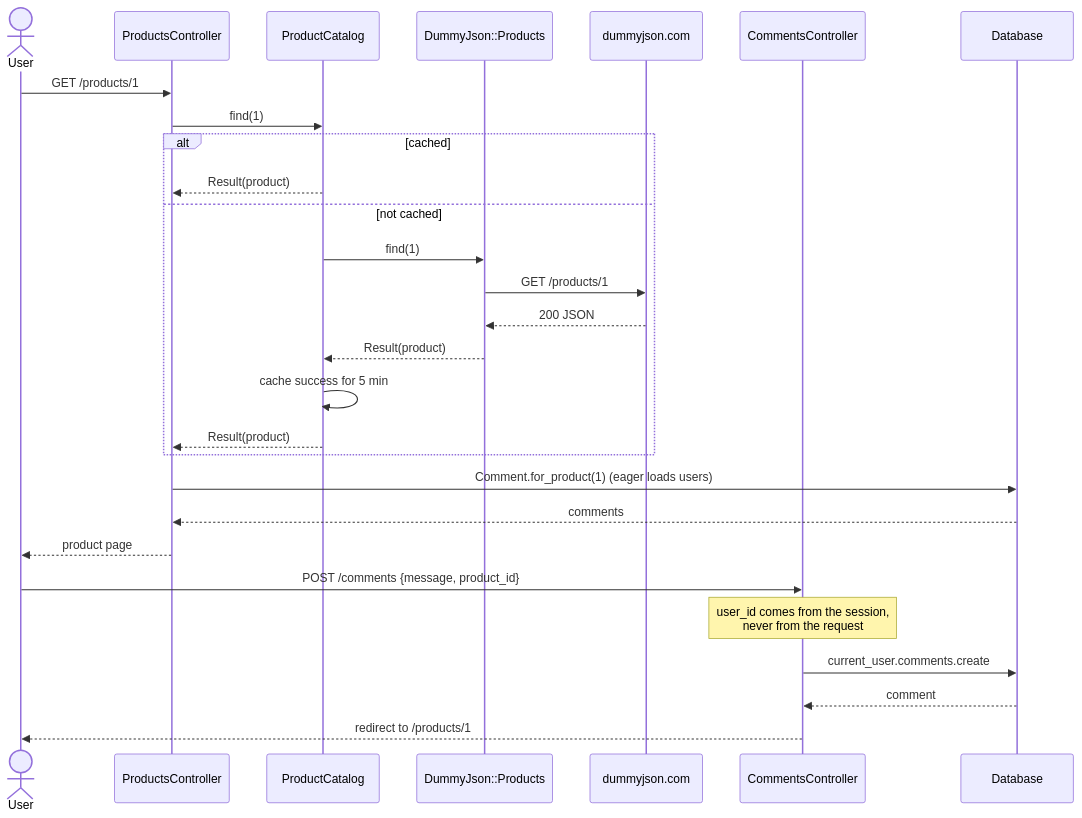
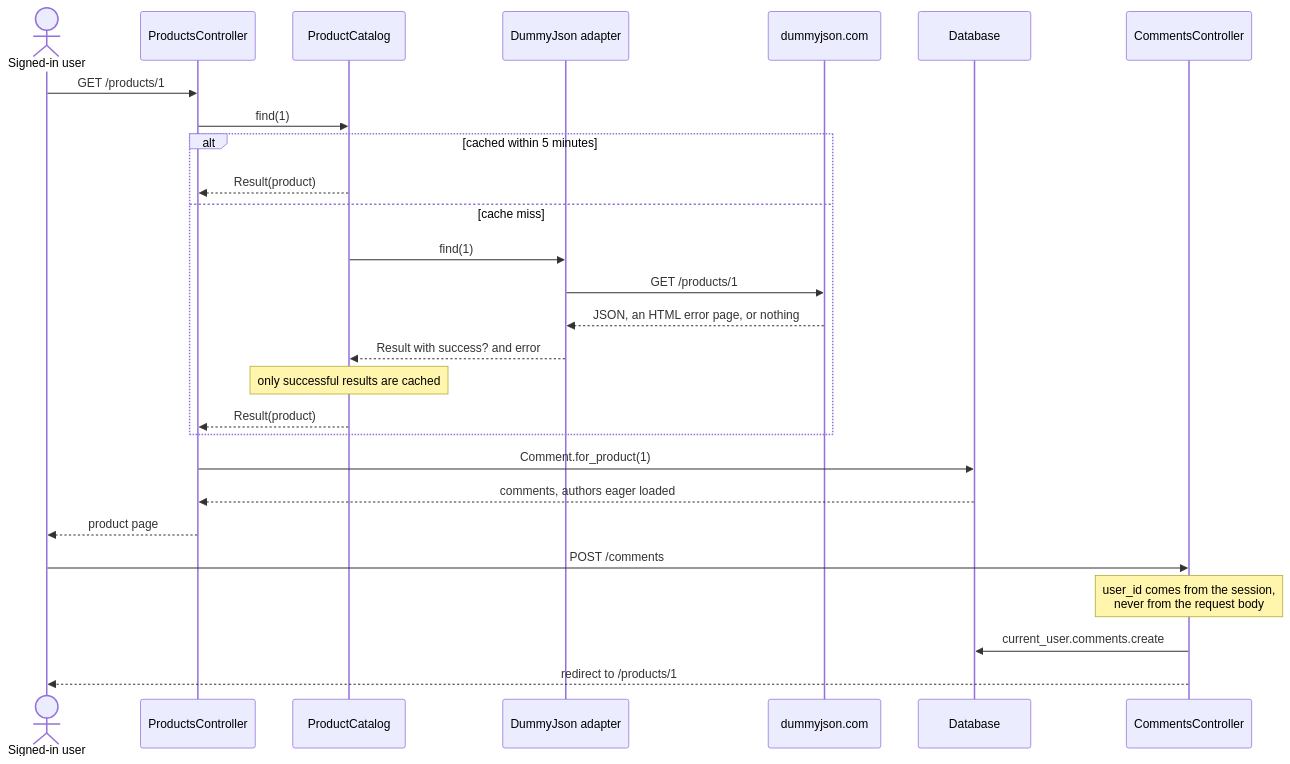
One commit to TCMS31/take-home-assignment-the-room changed the diagram in README.md. Above: the diagram before and after it, drawn with Mermaid. The commit also changed other lines of this file, not shown here.

````diff
--- a/README.md
+++ b/README.md
@@ -90,32 +59,31 @@
 ```mermaid
 sequenceDiagram
-    actor U as User
-    participant C as ProductsController
+    actor U as Signed-in user
+    participant P as ProductsController
     participant PC as ProductCatalog
-    participant A as DummyJson::Products
-    participant API as dummyjson.com
-    participant CC as CommentsController
+    participant A as DummyJson adapter
+    participant X as dummyjson.com
     participant DB as Database
+    participant C as CommentsController
 
-    U->>C: GET /products/1
-    C->>PC: find(1)
-    alt cached
-        PC-->>C: Result(product)
-    else not cached
+    U->>P: GET /products/1
+    P->>PC: find(1)
+    alt cached within 5 minutes
+        PC-->>P: Result(product)
+    else cache miss
         PC->>A: find(1)
-        A->>API: GET /products/1
-        API-->>A: 200 JSON
-        A-->>PC: Result(product)
-        PC->>PC: cache success for 5 min
-        PC-->>C: Result(product)
+        A->>X: GET /products/1
+        X-->>A: JSON, an HTML error page, or nothing
+        A-->>PC: Result with success? and error
+        Note over PC: only successful results are cached
+        PC-->>P: Result(product)
     end
-    C->>DB: Comment.for_product(1) (eager loads users)
-    DB-->>C: comments
-    C-->>U: product page
+    P->>DB: Comment.for_product(1)
+    DB-->>P: comments, authors eager loaded
+    P-->>U: product page
 
-    U->>CC: POST /comments {message, product_id}
-    Note over CC: user_id comes from the session,<br/>never from the request
-    CC->>DB: current_user.comments.create
-    DB-->>CC: comment
-    CC-->>U: redirect to /products/1
+    U->>C: POST /comments
+    Note over C: user_id comes from the session,<br/>never from the request body
+    C->>DB: current_user.comments.create
+    C-->>U: redirect to /products/1
 ```
````
